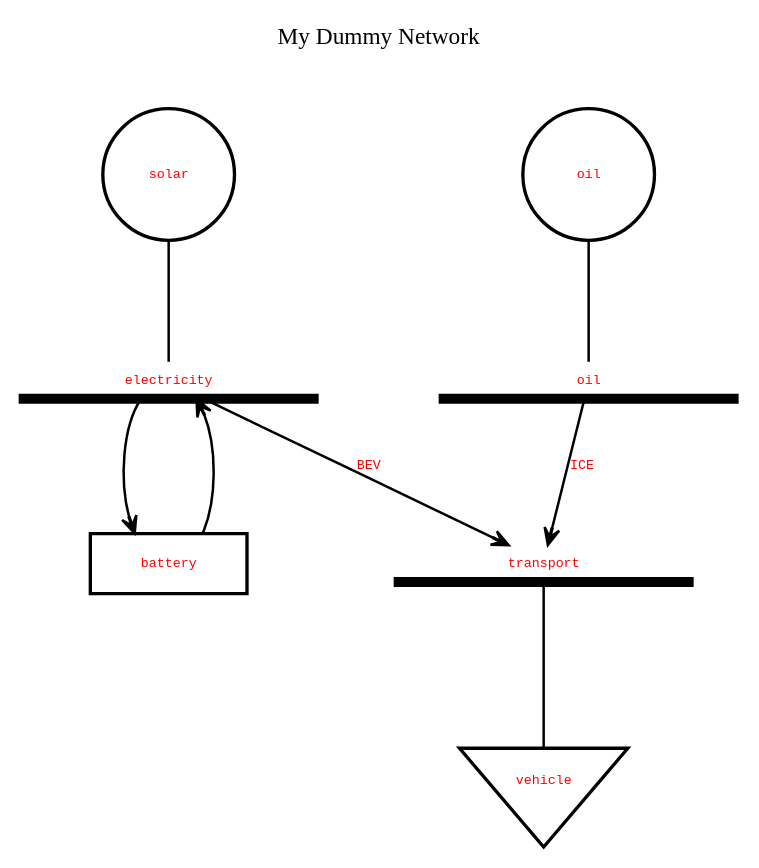
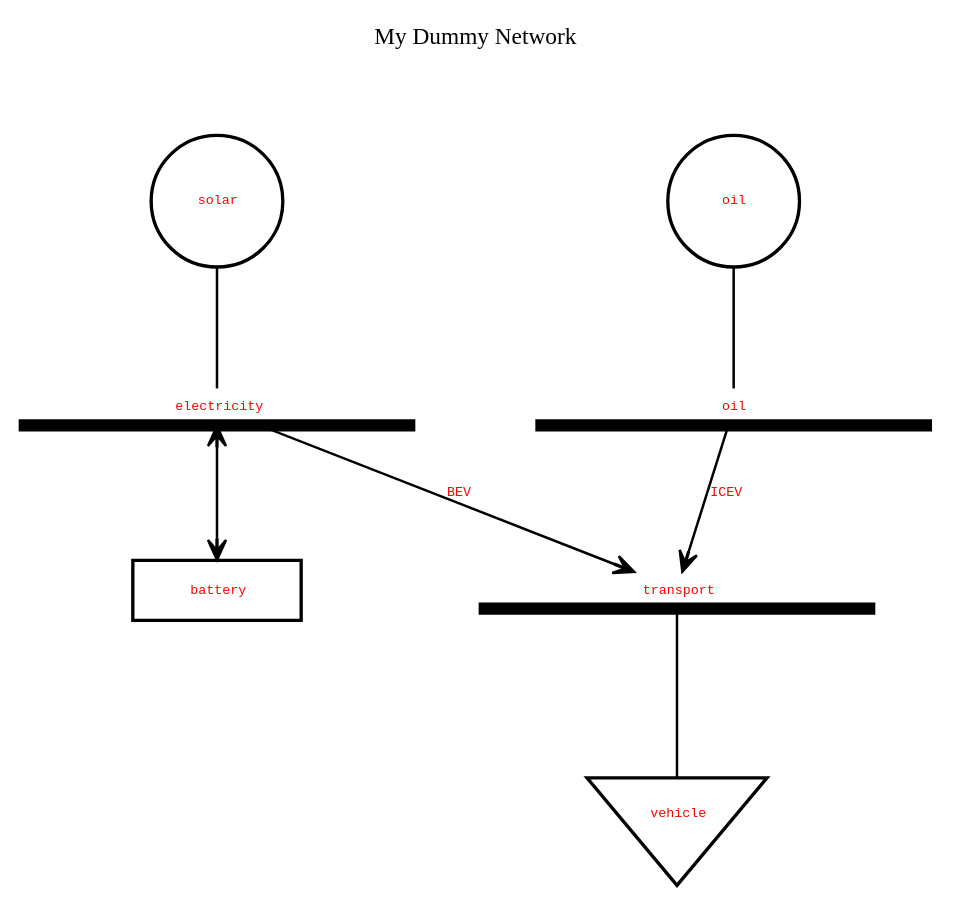
Before and after one commit to ricnogfer/pypsatopo: the diagram in resources/topography.dot, drawn with Graphviz. The commit also changed 1 other file, not shown here.

```diff
--- a/resources/topography.dot
+++ b/resources/topography.dot
@@ -1,44 +1,144 @@
 //
-// Generated by PyPSATopo version 0.1.0 on the 2023/03/17 at 13:23:41
+// Generated by PyPSATopo version 0.6.0 on the 2023/06/02 at 12:16:15
 //
 
 digraph "My Dummy Network"
 {
    // configure digraph layout
    labelloc = "t"
    label = "My Dummy Network
 
+
            "
+   tooltip = "Bus: 3
+Generators: 2
+Loads: 1
+Stores: 1
+Links: 2
+Lines: 0
+Snapshots: 1"
    rankdir = "TB"
-   ranksep = 1.0
-   nodesep = 1.0
+   ranksep = 1.00
+   nodesep = 1.00
    splines = "polyline"
-   node [fontname = "Courier New", fontsize = 8.0, fontcolor = "red"]
-   edge [fontname = "Courier New", fontsize = 8.0, fontcolor = "red"]
+   node [fontname = "Courier New", fontsize = 8.00]
+   edge [fontname = "Courier New", fontsize = 8.00]
 
-   // Buses (3)
-   "oil (bus)" [label = "oil", tooltip = "Carrier: AC
-Unit: ", shape = "underline", width = 2.5, height = 0.3, style = "setlinewidth(6.0)", color = "black"]
-   "electricity (bus)" [label = "electricity", tooltip = "Carrier: AC
-Unit: ", shape = "underline", width = 2.5, height = 0.3, style = "setlinewidth(6.0)", color = "black"]
-   "transport (bus)" [label = "transport", tooltip = "Carrier: AC
-Unit: ", shape = "underline", width = 2.5, height = 0.3, style = "setlinewidth(6.0)", color = "black"]
+   // add buses (3)
+   "oil (bus)" [label = <<font color = "red">oil</font>>, tooltip = "Bus: oil
+Carrier: AC
+Unit: 
+Generators: 1
+Loads: 0
+Stores: 0
+Incoming links: 0
+Outgoing links: 1
+Lines: 0
 
-   // Generators (2)
-   "oil (generator)" [label = "oil", tooltip = "Carrier: 
-Efficiency: 1.00", shape = "circle", width = 1.1, style = "setlinewidth(2.0)", color = "black"]   "oil (generator)" -> "oil (bus)" [style = "setlinewidth(1.5)", color = "black", arrowhead = "none"]
-   "solar (generator)" [label = "solar", tooltip = "Carrier: 
-Efficiency: 1.00", shape = "circle", width = 1.1, style = "setlinewidth(2.0)", color = "black"]   "solar (generator)" -> "electricity (bus)" [style = "setlinewidth(1.5)", color = "black", arrowhead = "none"]
+Power time series: N/A MW", shape = "underline", width = 3.30, height = 0.30, style = "setlinewidth(7.30)", color = "black"]
+   "electricity (bus)" [label = <<font color = "red">electricity</font>>, tooltip = "Bus: electricity
+Carrier: AC
+Unit: 
+Generators: 1
+Loads: 0
+Stores: 1
+Incoming links: 0
+Outgoing links: 1
+Lines: 0
 
-   // Loads (1)
-   "vehicle (load)" [label = "vehicle", tooltip = "Carrier: ", shape = "invtriangle", width = 1.4, height = 1.1, style = "setlinewidth(2.0)", color = "black"]   "transport (bus)" -> "vehicle (load)" [style = "setlinewidth(1.5)", color = "black", arrowhead = "none"]
+Power time series: N/A MW", shape = "underline", width = 3.30, height = 0.30, style = "setlinewidth(7.30)", color = "black"]
+   "transport (bus)" [label = <<font color = "red">transport</font>>, tooltip = "Bus: transport
+Carrier: AC
+Unit: 
+Generators: 0
+Loads: 1
+Stores: 0
+Incoming links: 2
+Outgoing links: 0
+Lines: 0
 
-   // Stores (1)
-   "battery (store)" [label = "battery", tooltip = "Carrier: ", shape = "box", width = 1.3, style = "setlinewidth(2.0)", color = "black"]   "electricity (bus)" -> "battery (store)" [style = "setlinewidth(1.5)", color = "black", arrowhead = "vee"]   "battery (store)" -> "electricity (bus)" [style = "setlinewidth(1.5)", color = "black", arrowhead = "vee"]
+Power time series: N/A MW", shape = "underline", width = 3.30, height = 0.30, style = "setlinewidth(7.30)", color = "black"]
 
-   // Links (2)
-   "oil (bus)" -> "transport (bus)" [label = "ICE", tooltip = "Carrier: 
-Efficiency: 1.00", style = "setlinewidth(1.5)", color = "black", arrowhead = "vee"]
-   "electricity (bus)" -> "transport (bus)" [label = "BEV", tooltip = "Carrier: 
-Efficiency: 1.00", style = "setlinewidth(1.5)", color = "black", arrowhead = "vee"]
+   // add generators (2)
+   "oil (generator)" [label = <<font color = "red">oil</font>>, tooltip = "Generator: oil
+Bus: oil
+Carrier: 
+Extendable nominal power: False
+Nominal power: 0.00 MW
+Power set: 0.00 MW
+Efficiency: 1.00
+Capital cost: 0.00 currency/MW
+Marginal cost: 0.00 currency/MWh
+
+Optimised nominal power: 0.00 MW
+Power time series: N/A MW", shape = "circle", width = 1.10, style = "setlinewidth(2.00)", color = "black"]   "oil (generator)" -> "oil (bus)" [style = "setlinewidth(1.50)", color = "black", arrowhead = "none"]
+   "solar (generator)" [label = <<font color = "red">solar</font>>, tooltip = "Generator: solar
+Bus: electricity
+Carrier: 
+Extendable nominal power: False
+Nominal power: 0.00 MW
+Power set: 0.00 MW
+Efficiency: 1.00
+Capital cost: 0.00 currency/MW
+Marginal cost: 0.00 currency/MWh
+
+Optimised nominal power: 0.00 MW
+Power time series: N/A MW", shape = "circle", width = 1.10, style = "setlinewidth(2.00)", color = "black"]   "solar (generator)" -> "electricity (bus)" [style = "setlinewidth(1.50)", color = "black", arrowhead = "none"]
+
+   // add loads (1)
+   "vehicle (load)" [label = <<font color = "red">vehicle</font>>, tooltip = "Load: vehicle
+Bus: transport
+Carrier: 
+Power set: 0.00 MW", shape = "invtriangle", width = 1.50, height = 1.20, style = "setlinewidth(2.00)", color = "black"]   "transport (bus)" -> "vehicle (load)" [style = "setlinewidth(1.50)", color = "black", arrowhead = "none"]
+
+   // add stores (1)
+   "battery (store)" [label = <<font color = "red">battery</font>>, tooltip = "Store: battery
+Bus: electricity
+Carrier: 
+Extendable nominal energy: False
+Nominal energy: 0.00 MWh
+Power set: 0.00 MW
+Cyclic energy: False
+Capital cost: 0.00 currency/MW
+Marginal cost: 0.00 currency/MWh
+
+Optimised nominal energy: 0.00 MWh
+Energy time series: N/A MWh
+Power time series: N/A MW", shape = "box", width = 1.40, style = "setlinewidth(2.00)", color = "black"]   "electricity (bus)" -> "battery (store)" [style = "setlinewidth(1.50)", color = "black", arrowhead = "vee", arrowtail = "vee", arrowsize = 1.20, dir = "both"]
+
+   // add links (2)
+   "oil (bus)" -> "transport (bus)" [label = <<font color = "red">ICEV</font>>, tooltip = "Link: ICEV
+From: oil (bus0)
+To: transport (bus1)
+Carrier: 
+Extendable nominal power: False
+Nominal power: 0.00 MW
+Efficiency: 1.00
+Capital cost: 0.00 currency/MW
+Marginal cost: 0.00 currency/MWh
+
+Optimised nominal power: 0.00 MW
+Power time series (p0): N/A MW
+Power time series (p1): N/A MW", style = "setlinewidth(1.50)", color = "black", arrowhead = "vee", arrowsize = 1.20]
+   "electricity (bus)" -> "transport (bus)" [label = <<font color = "red">BEV</font>>, tooltip = "Link: BEV
+From: electricity (bus0)
+To: transport (bus1)
+Carrier: 
+Extendable nominal power: False
+Nominal power: 0.00 MW
+Efficiency: 1.00
+Capital cost: 0.00 currency/MW
+Marginal cost: 0.00 currency/MWh
+
+Optimised nominal power: 0.00 MW
+Power time series (p0): N/A MW
+Power time series (p1): N/A MW", style = "setlinewidth(1.50)", color = "black", arrowhead = "vee", arrowsize = 1.20]
+
+   // add multi-link points (0)
+
+   // add multi-link bus to points (0)
+
+   // add multi-link point to buses (0)
+
+   // add lines (0)
 }
```
